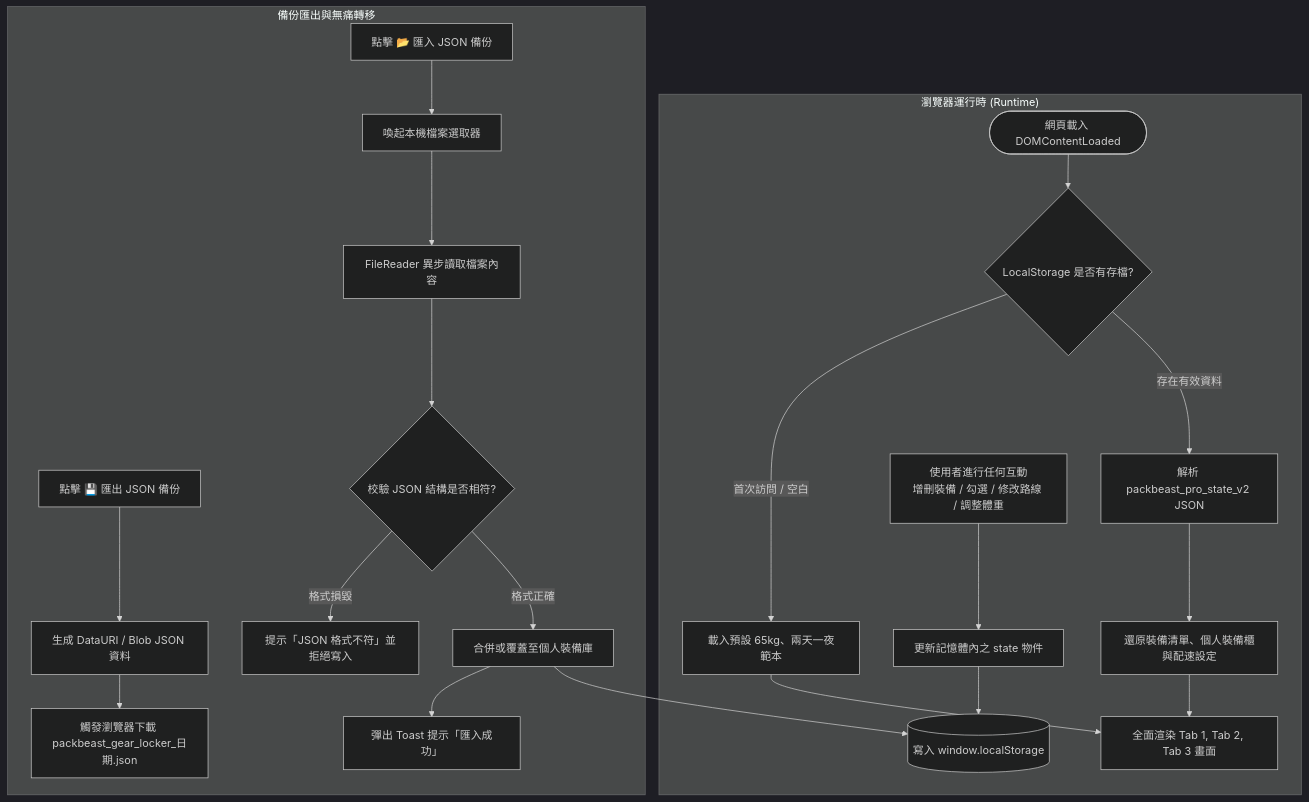
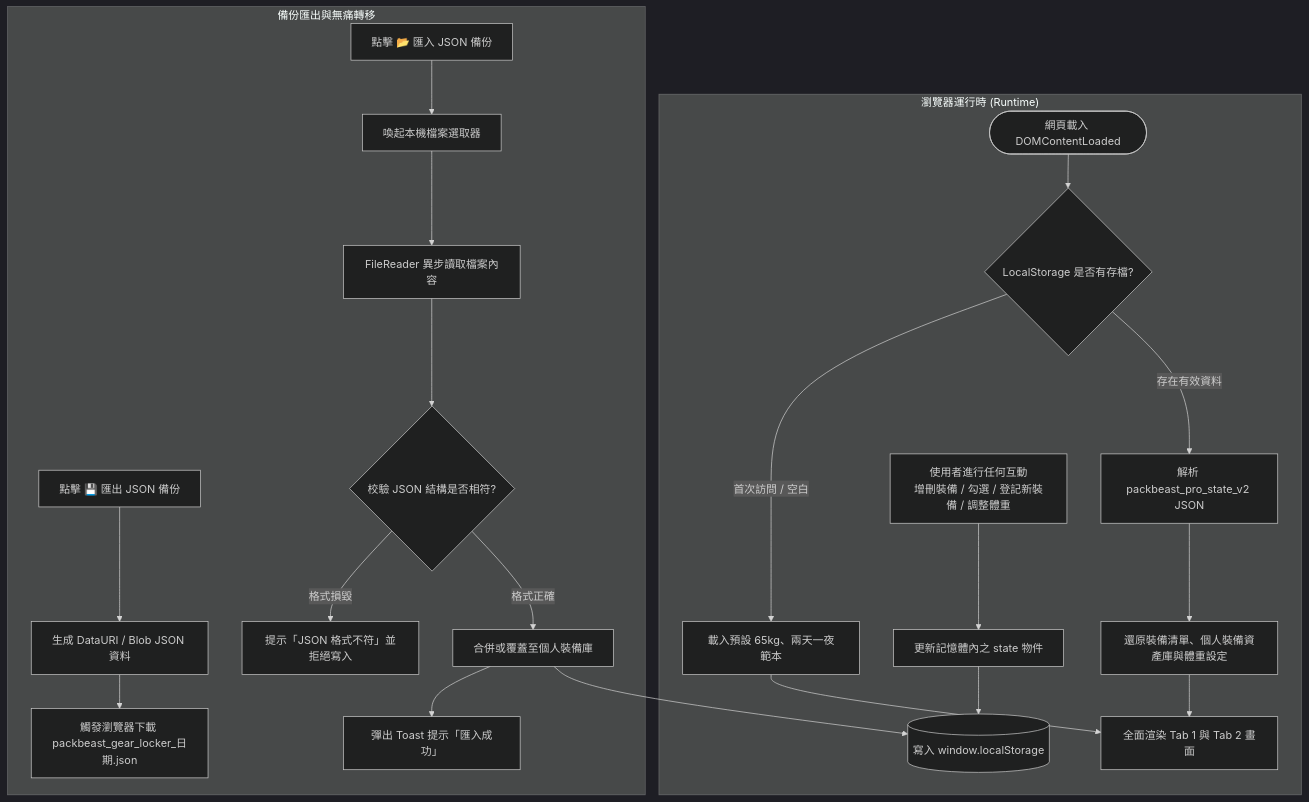
One commit to PhilipLin0211/115_1_TAICA_IVEAI changed the fourth of 4 diagrams in ARCHITECTURE.md. Above: the diagram before and after it, drawn with Mermaid (dark theme). The commit also changed other lines of this file and 3 other files, not shown here.

````diff
--- a/ARCHITECTURE.md
+++ b/ARCHITECTURE.md
@@ -216,27 +157,27 @@
 ```mermaid
 flowchart TD
     subgraph Browser_Runtime ["瀏覽器運行時 (Runtime)"]
         AppStart([網頁載入 DOMContentLoaded]) --> CheckStorage{LocalStorage 是否有存檔?}
         CheckStorage -- 存在有效資料 --> ParseJSON[解析 packbeast_pro_state_v2 JSON]
-        ParseJSON --> HydrateState[還原裝備清單、個人裝備櫃與配速設定]
+        ParseJSON --> HydrateState[還原裝備清單、個人裝備資產庫與體重設定]
         CheckStorage -- 首次訪問 / 空白 --> InitDefault[載入預設 65kg、兩天一夜範本]
         
-        HydrateState & InitDefault --> RenderApp[全面渲染 Tab 1, Tab 2, Tab 3 畫面]
+        HydrateState & InitDefault --> RenderApp[全面渲染 Tab 1 與 Tab 2 畫面]
         
-        UserAction[使用者進行任何互動<br>增刪裝備 / 勾選 / 修改路線 / 調整體重] --> UpdateState[更新記憶體內之 state 物件]
+        UserAction[使用者進行任何互動<br>增刪裝備 / 勾選 / 登記新裝備 / 調整體重] --> UpdateState[更新記憶體內之 state 物件]
         UpdateState --> SaveStorage[(寫入 window.localStorage)]
     end
 
     subgraph Backup_Transfer ["備份匯出與無痛轉移"]
         ExportBtn[點擊 💾 匯出 JSON 備份] --> GenBlob[生成 DataURI / Blob JSON 資料]
         GenBlob --> DownloadFile[觸發瀏覽器下載 packbeast_gear_locker_日期.json]
         
         ImportBtn[點擊 📂 匯入 JSON 備份] --> FilePicker[喚起本機檔案選取器]
         FilePicker --> ReadFile[FileReader 異步讀取檔案內容]
         ReadFile --> ValidateJSON{校驗 JSON 結構是否相符?}
         ValidateJSON -- 格式正確 --> MergeLocker[合併或覆蓋至個人裝備庫]
         MergeLocker --> SaveStorage
         MergeLocker --> ShowSuccess[彈出 Toast 提示「匯入成功」]
         ValidateJSON -- 格式損毀 --> ShowError[提示「JSON 格式不符」並拒絕寫入]
     end
 ```
````
